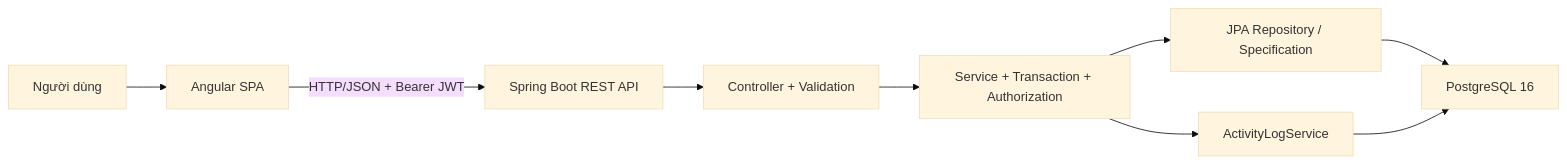
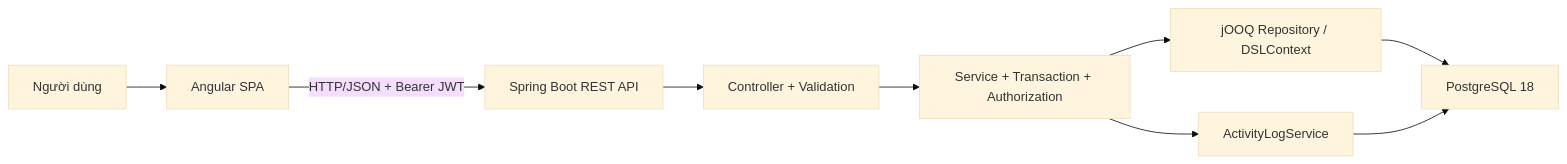
The first of 2 diagrams in docs/PROJECT-IMPLEMENTATION-PLAN.md (GroupFresherNhanMentor/Project-Management-System), drawn with Mermaid (base theme) before and after one commit. The commit also changed other lines of this file and 121 other files, not shown here.

````diff
--- a/docs/PROJECT-IMPLEMENTATION-PLAN.md
+++ b/docs/PROJECT-IMPLEMENTATION-PLAN.md
@@ -75,11 +75,11 @@
 ```mermaid
 flowchart LR
     U["Người dùng"] --> FE["Angular SPA"]
     FE -->|"HTTP/JSON + Bearer JWT"| API["Spring Boot REST API"]
     API --> C["Controller + Validation"]
     C --> S["Service + Transaction + Authorization"]
-    S --> R["JPA Repository / Specification"]
-    R --> DB["PostgreSQL 16"]
+    S --> R["jOOQ Repository / DSLContext"]
+    R --> DB["PostgreSQL 18"]
     S --> A["ActivityLogService"]
     A --> DB
 ```
````
